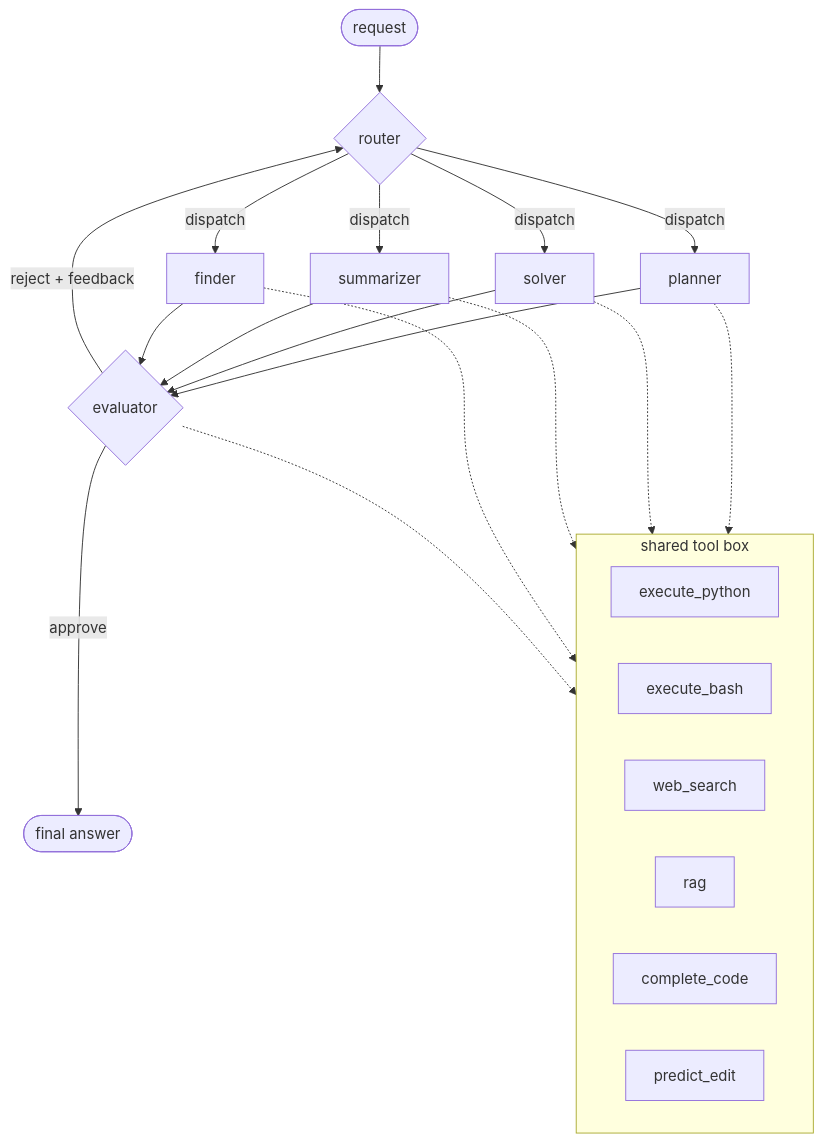
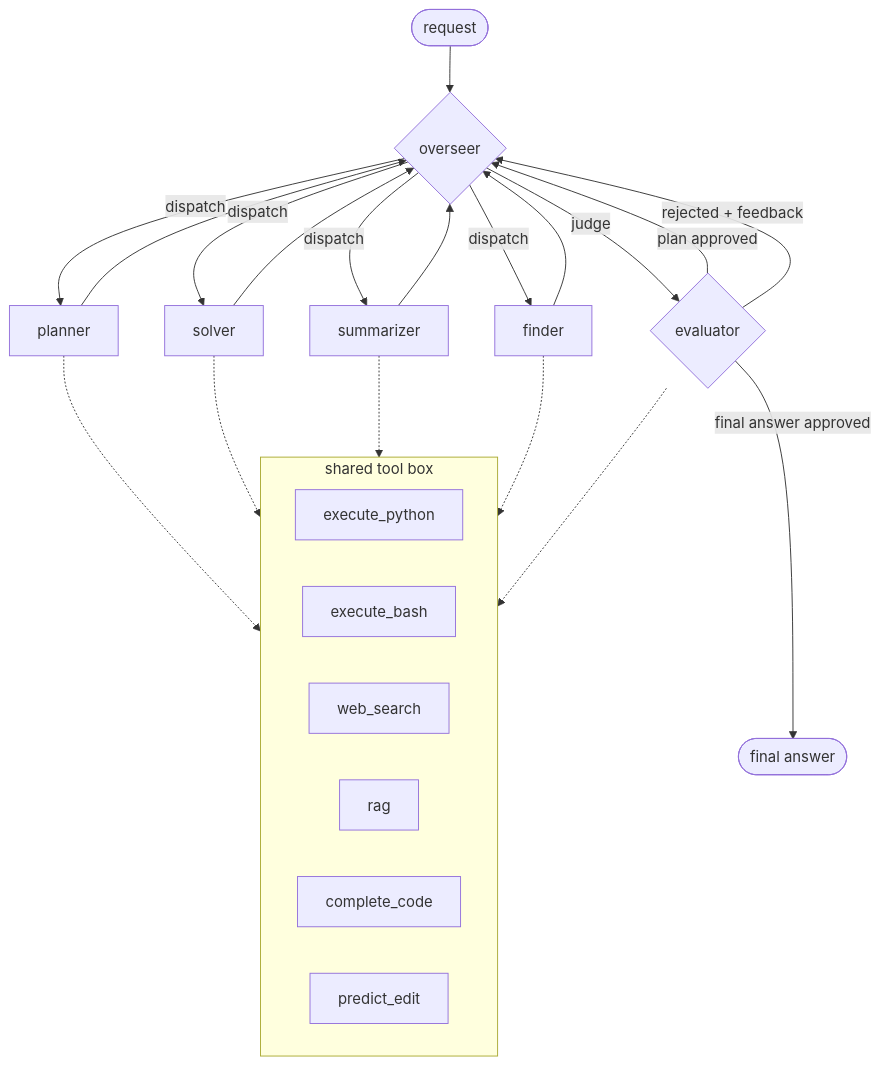
Before and after one commit to siddharth23P/otto_agent: the diagram in README.md, drawn with Mermaid. The commit also changed other lines of this file and 8 other files, not shown here.

````diff
--- a/README.md
+++ b/README.md
@@ -9,33 +9,35 @@
 ```mermaid
 flowchart TD
-    start([request]) --> router{router}
+    start([request]) --> router{overseer}
 
     router -- dispatch --> planner[planner]
     router -- dispatch --> solver[solver]
     router -- dispatch --> summarizer[summarizer]
     router -- dispatch --> finder[finder]
+    router -- judge --> evaluator{evaluator}
 
-    planner --> evaluator{evaluator}
-    solver --> evaluator
-    summarizer --> evaluator
-    finder --> evaluator
+    planner --> router
+    solver --> router
+    summarizer --> router
+    finder --> router
 
-    evaluator -- approve --> done([final answer])
-    evaluator -- reject + feedback --> router
+    evaluator -- plan approved --> router
+    evaluator -- rejected + feedback --> router
+    evaluator -- final answer approved --> done([final answer])
 
     subgraph tools [shared tool box]
         direction LR
         execute_python
         execute_bash
         web_search
         rag
         complete_code
         predict_edit
     end
 
     planner -.-> tools
     solver -.-> tools
     summarizer -.-> tools
     finder -.-> tools
     evaluator -.-> tools
 ```
````
